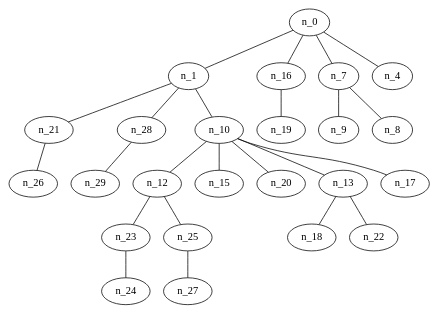
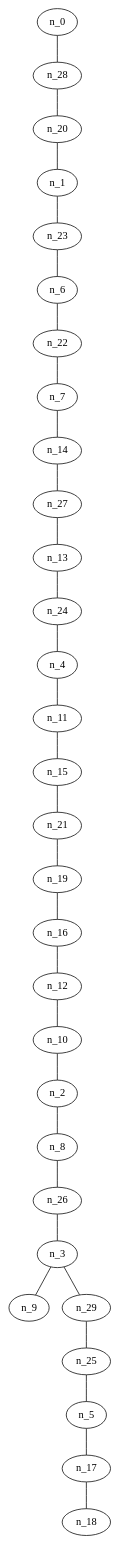
One commit to AkatzinBH/DAA changed the diagram in Proyecto2/30 Nodos/Erdos/grafoErdosRenyi_30_120_DFS_R.gv. Above: the diagram before and after it, drawn with Graphviz. The commit also changed 3 other files, not shown here.

```diff
--- a/Proyecto2/30 Nodos/Erdos/grafoErdosRenyi_30_120_DFS_R.gv
+++ b/Proyecto2/30 Nodos/Erdos/grafoErdosRenyi_30_120_DFS_R.gv
@@ -1,49 +1,61 @@
 graph grafoErdosRenyi_30_120_DFS_R  {
 n_0;
+n_28;
+n_20;
 n_1;
+n_23;
+n_6;
+n_22;
+n_7;
+n_14;
+n_27;
+n_13;
+n_24;
+n_4;
+n_11;
+n_15;
 n_21;
+n_19;
+n_16;
+n_12;
+n_10;
+n_2;
+n_8;
 n_26;
-n_28;
+n_3;
+n_9;
 n_29;
-n_10;
-n_12;
-n_23;
-n_24;
 n_25;
-n_27;
-n_15;
-n_20;
-n_13;
+n_5;
+n_17;
 n_18;
-n_22;
-n_17;
-n_16;
-n_19;
-n_7;
-n_9;
-n_8;
-n_4;
-n_0 -- n_1;
-n_1 -- n_21;
-n_21 -- n_26;
-n_1 -- n_28;
-n_28 -- n_29;
-n_1 -- n_10;
-n_10 -- n_12;
-n_12 -- n_23;
-n_23 -- n_24;
-n_12 -- n_25;
-n_25 -- n_27;
-n_10 -- n_15;
-n_10 -- n_20;
-n_10 -- n_13;
-n_13 -- n_18;
-n_13 -- n_22;
-n_10 -- n_17;
-n_0 -- n_16;
-n_16 -- n_19;
-n_0 -- n_7;
-n_7 -- n_9;
-n_7 -- n_8;
-n_0 -- n_4;
+n_0 -- n_28;
+n_28 -- n_20;
+n_20 -- n_1;
+n_1 -- n_23;
+n_23 -- n_6;
+n_6 -- n_22;
+n_22 -- n_7;
+n_7 -- n_14;
+n_14 -- n_27;
+n_27 -- n_13;
+n_13 -- n_24;
+n_24 -- n_4;
+n_4 -- n_11;
+n_11 -- n_15;
+n_15 -- n_21;
+n_21 -- n_19;
+n_19 -- n_16;
+n_16 -- n_12;
+n_12 -- n_10;
+n_10 -- n_2;
+n_2 -- n_8;
+n_8 -- n_26;
+n_26 -- n_3;
+n_3 -- n_9;
+n_3 -- n_29;
+n_29 -- n_25;
+n_25 -- n_5;
+n_5 -- n_17;
+n_17 -- n_18;
 }
```
